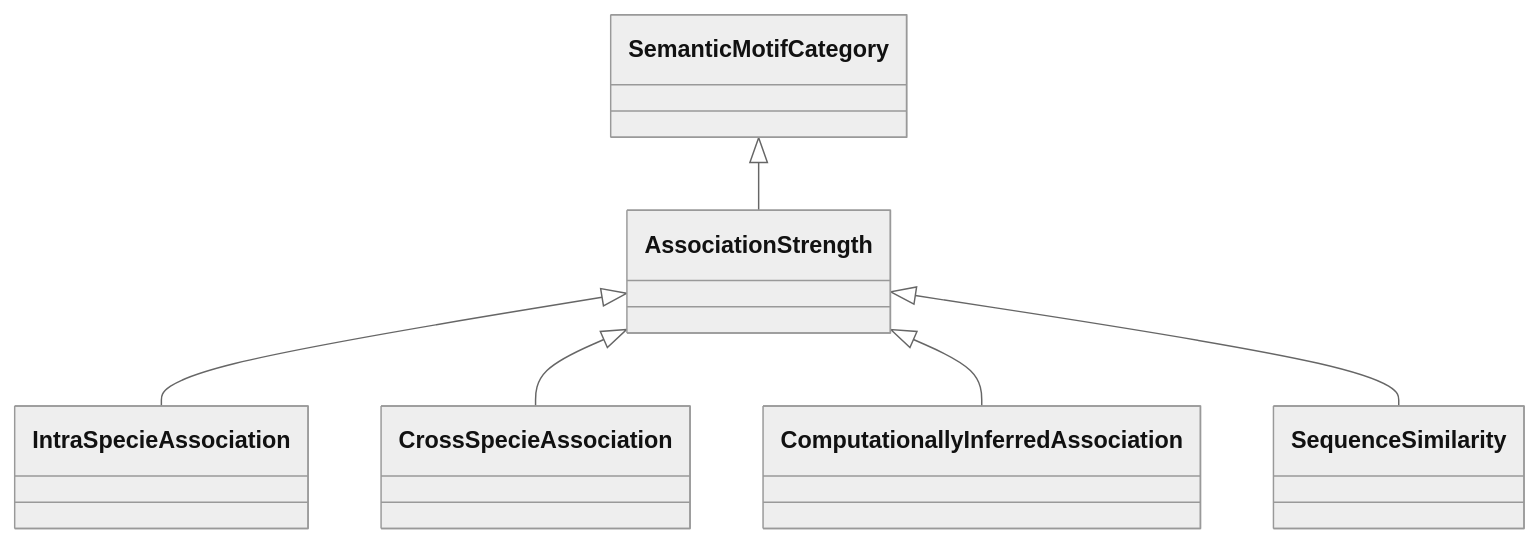
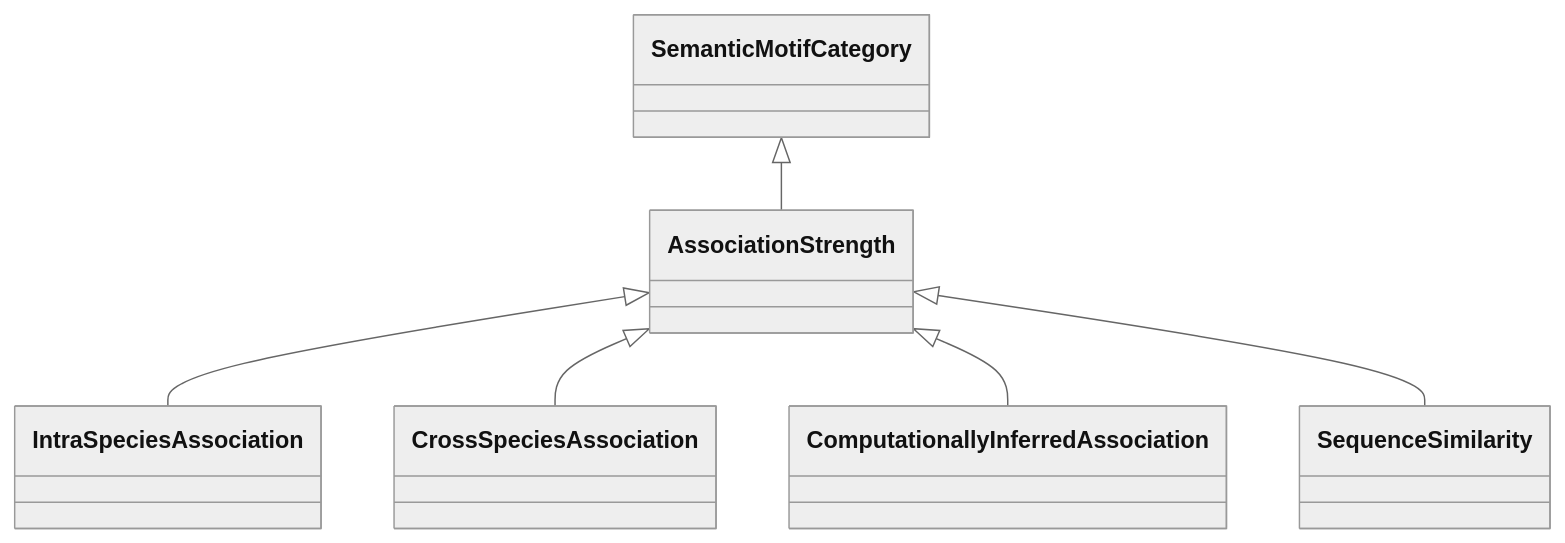
One commit to KnetMiner/knetminer-schemas changed the diagram in semantic-motif-taxonomy/knet-motif-categories-doc/AssociationStrength.md. Above: the diagram before and after it, drawn with Mermaid (neutral theme). The commit also changed other lines of this file and 96 other files, not shown here.

````diff
--- a/semantic-motif-taxonomy/knet-motif-categories-doc/AssociationStrength.md
+++ b/semantic-motif-taxonomy/knet-motif-categories-doc/AssociationStrength.md
@@ -33,20 +33,20 @@
 ```mermaid
  classDiagram
     class AssociationStrength
     click AssociationStrength href "../AssociationStrength"
       SemanticMotifCategory <|-- AssociationStrength
         click SemanticMotifCategory href "../SemanticMotifCategory"
       
 
-      AssociationStrength <|-- IntraSpecieAssociation
-        click IntraSpecieAssociation href "../IntraSpecieAssociation"
-      AssociationStrength <|-- CrossSpecieAssociation
-        click CrossSpecieAssociation href "../CrossSpecieAssociation"
+      AssociationStrength <|-- IntraSpeciesAssociation
+        click IntraSpeciesAssociation href "../IntraSpeciesAssociation"
+      AssociationStrength <|-- CrossSpeciesAssociation
+        click CrossSpeciesAssociation href "../CrossSpeciesAssociation"
       AssociationStrength <|-- ComputationallyInferredAssociation
         click ComputationallyInferredAssociation href "../ComputationallyInferredAssociation"
       AssociationStrength <|-- SequenceSimilarity
         click SequenceSimilarity href "../SequenceSimilarity"
       
       
       
 ```
````
